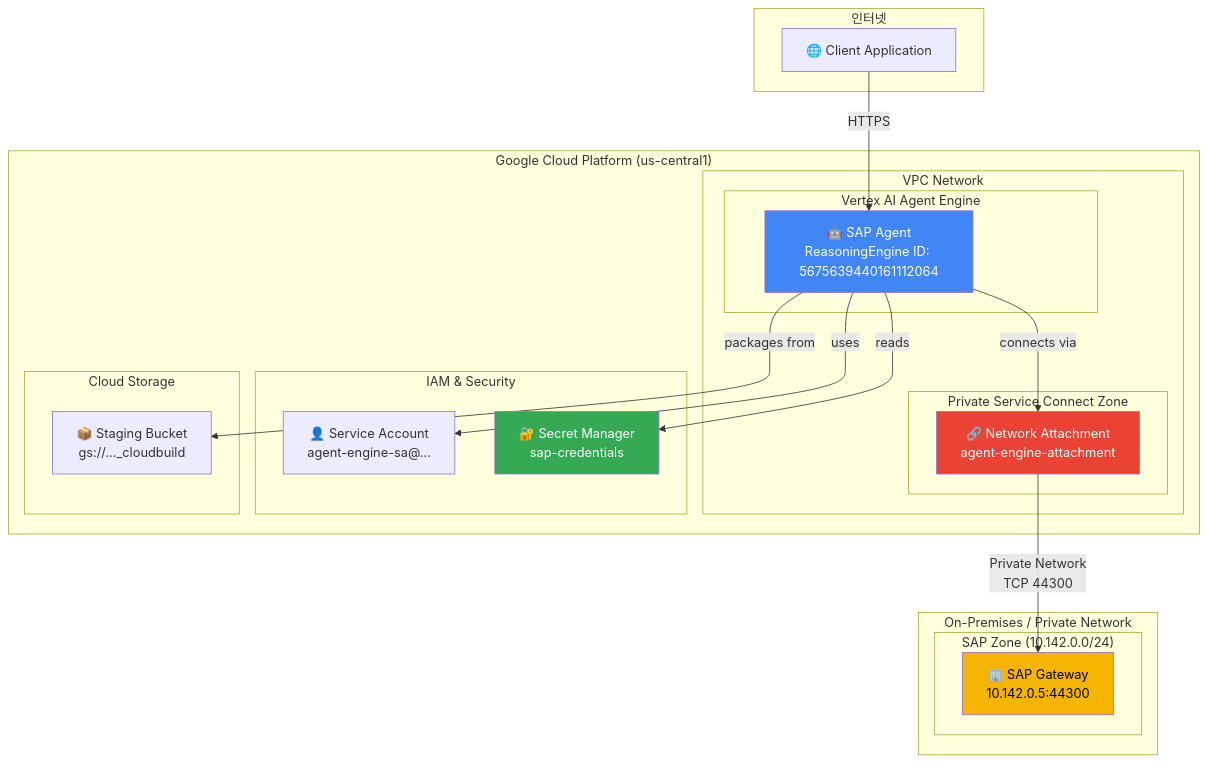
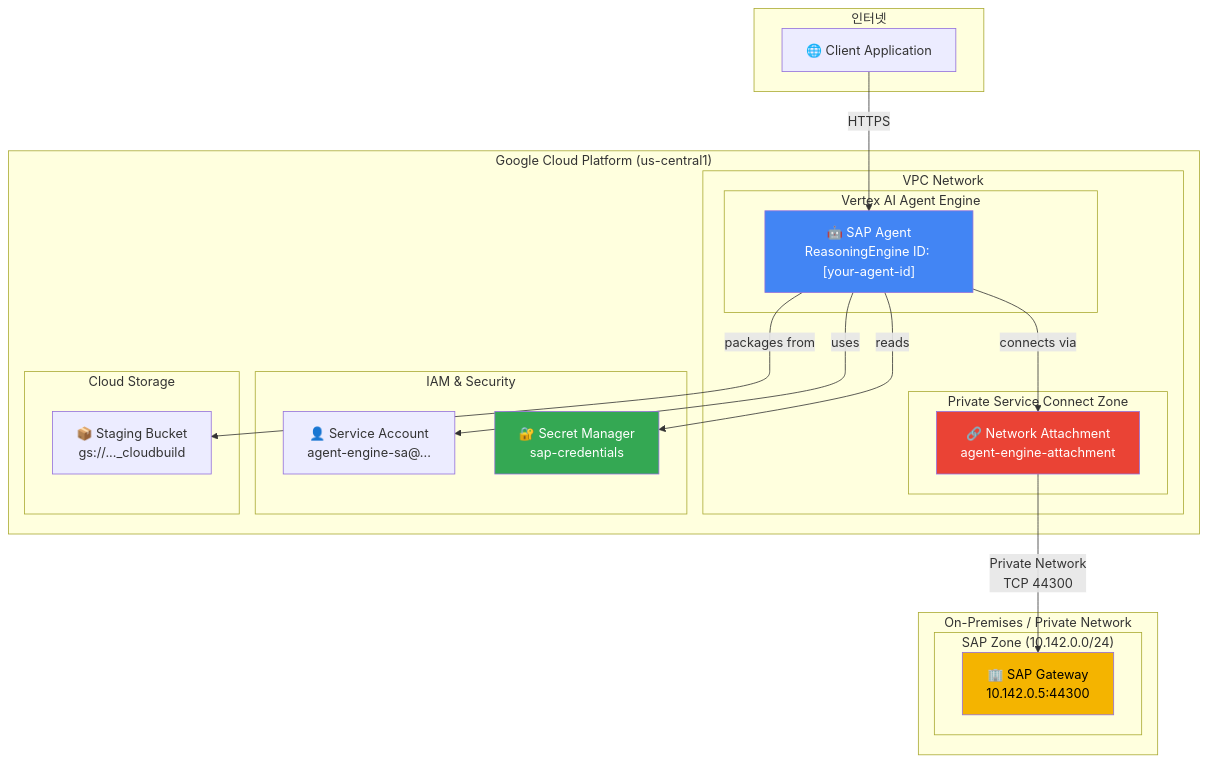
One commit to midasol/sap-adk-agent changed the third of 3 diagrams in docs/KR/README.md. Above: the diagram before and after it, drawn with Mermaid. The commit also changed 8 other files, not shown here.

````diff
--- a/docs/KR/README.md
+++ b/docs/KR/README.md
@@ -168,45 +168,45 @@
 ```mermaid
 flowchart TB
     subgraph Internet["인터넷"]
         Client["🌐 Client Application"]
     end
 
     subgraph GCP["Google Cloud Platform (us-central1)"]
         subgraph VPC["VPC Network"]
             subgraph AgentEngine["Vertex AI Agent Engine"]
-                AE["🤖 SAP Agent<br/>ReasoningEngine ID: 5675639440161112064"]
+                AE["🤖 SAP Agent<br/>ReasoningEngine ID: [your-agent-id]"]
             end
 
             subgraph PSCZone["Private Service Connect Zone"]
                 NA["🔗 Network Attachment<br/>agent-engine-attachment"]
             end
         end
 
         subgraph IAM["IAM & Security"]
             SA["👤 Service Account<br/>agent-engine-sa@..."]
             SM["🔐 Secret Manager<br/>sap-credentials"]
         end
 
         subgraph Storage["Cloud Storage"]
             SB["📦 Staging Bucket<br/>gs://..._cloudbuild"]
         end
     end
 
     subgraph OnPrem["On-Premises / Private Network"]
         subgraph SAPZone["SAP Zone (10.142.0.0/24)"]
             SAPGW["🏢 SAP Gateway<br/>10.142.0.5:44300"]
         end
     end
 
     Client -->|"HTTPS"| AE
     AE -->|"reads"| SM
     AE -->|"uses"| SA
     AE -->|"packages from"| SB
     AE -->|"connects via"| NA
     NA -->|"Private Network<br/>TCP 44300"| SAPGW
 
     style AE fill:#4285f4,color:#fff
     style SAPGW fill:#f4b400,color:#000
     style SM fill:#34a853,color:#fff
     style NA fill:#ea4335,color:#fff
 ```
````
